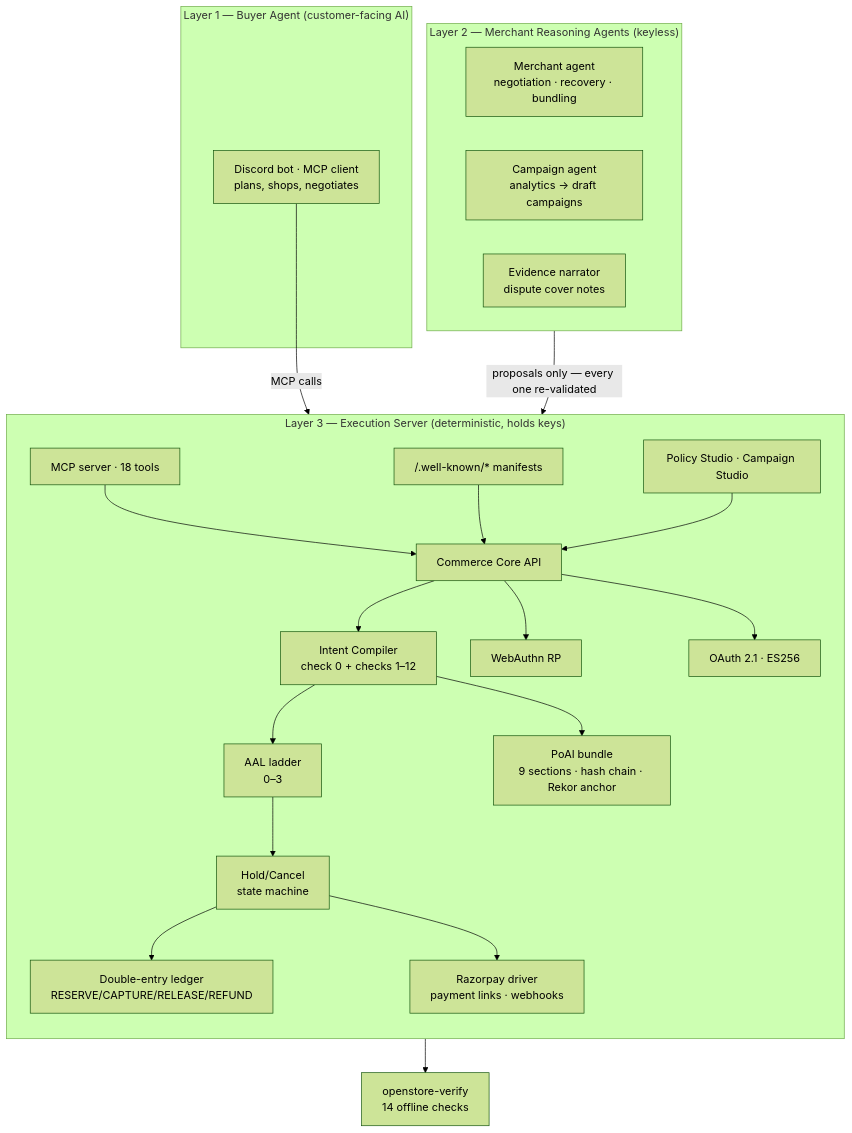
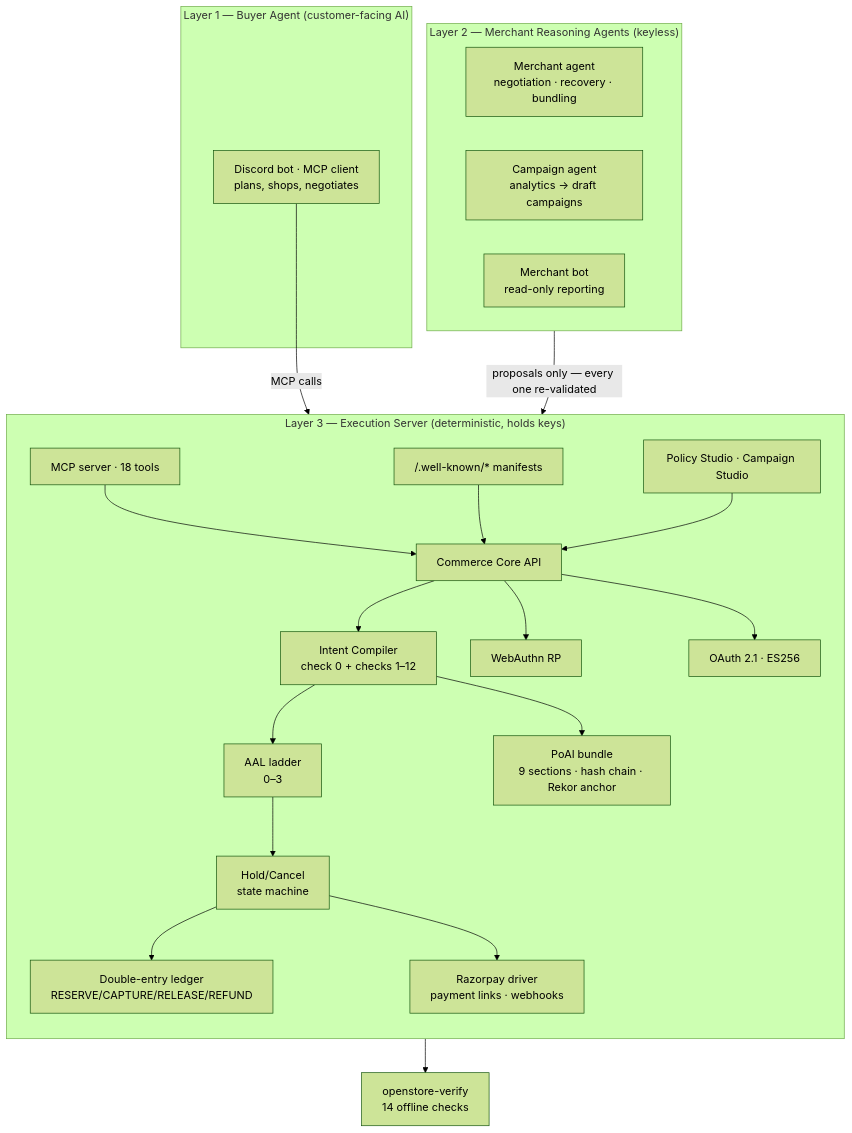
The first of 2 diagrams in README.md (ApxllxCartxr/OpenStore), drawn with Mermaid (forest theme) before and after one commit. The commit also changed other lines of this file and 1 other file, not shown here.

````diff
--- a/README.md
+++ b/README.md
@@ -99,31 +150,31 @@
 ```mermaid
 flowchart TB
     subgraph L1["Layer 1 — Buyer Agent (customer-facing AI)"]
         Buyer["Discord bot · MCP client<br/>plans, shops, negotiates"]
     end
 
     subgraph L2["Layer 2 — Merchant Reasoning Agents (keyless)"]
         Merchant["Merchant agent<br/>negotiation · recovery · bundling"]
         Campaign["Campaign agent<br/>analytics → draft campaigns"]
-        Narrator["Evidence narrator<br/>dispute cover notes"]
+        Bot["Merchant bot<br/>read-only reporting"]
     end
 
     subgraph L3["Layer 3 — Execution Server (deterministic, holds keys)"]
         direction TB
         MCP["MCP server · 18 tools"] --> API["Commerce Core API"]
         WK["/.well-known/* manifests"] --> API
         Studio["Policy Studio · Campaign Studio"] --> API
         API --> Compiler["Intent Compiler<br/>check 0 + checks 1–12"]
         Compiler --> AAL["AAL ladder<br/>0–3"]
         AAL --> Hold["Hold/Cancel<br/>state machine"]
         Hold --> Ledger["Double-entry ledger<br/>RESERVE/CAPTURE/RELEASE/REFUND"]
         Hold --> RZ["Razorpay driver<br/>payment links · webhooks"]
         Compiler --> POAI["PoAI bundle<br/>9 sections · hash chain · Rekor anchor"]
         API --> WA["WebAuthn RP"]
         API --> OAuth["OAuth 2.1 · ES256"]
     end
 
     Buyer -->|"MCP calls"| MCP
     L2 -->|"proposals only — every one re-validated"| API
     POAI --> Verify["openstore-verify<br/>14 offline checks"]
 ```
````
